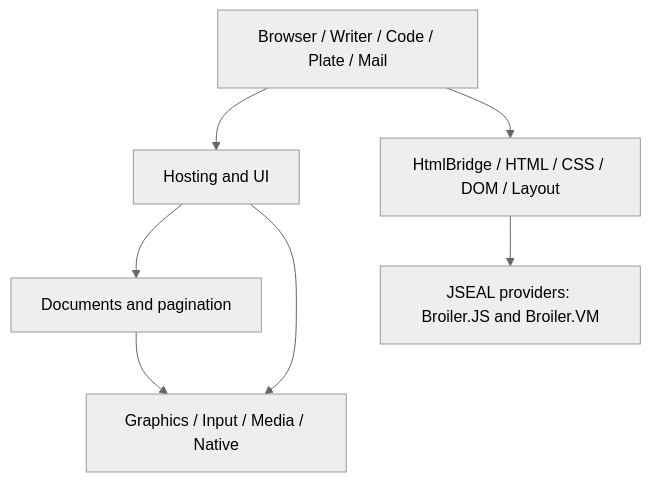
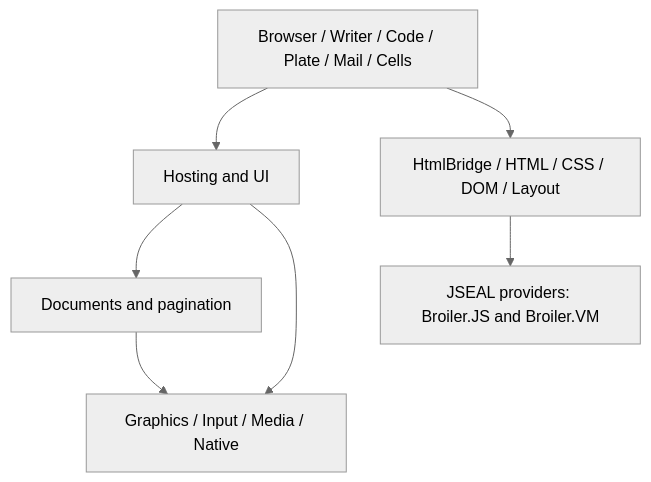
Before and after one commit to Broiler-Platform/.github: the diagram in profile/README.md, drawn with Mermaid (neutral theme). The commit also changed other lines of this file and 6 other files, not shown here.

````diff
--- a/profile/README.md
+++ b/profile/README.md
@@ -42,9 +42,9 @@
 ```mermaid
 flowchart TD
-    Apps[Browser / Writer / Code / Plate / Mail] --> Hosting[Hosting and UI]
+    Apps[Browser / Writer / Code / Plate / Mail / Cells] --> Hosting[Hosting and UI]
     Apps --> Web[HtmlBridge / HTML / CSS / DOM / Layout]
     Hosting --> Documents[Documents and pagination]
     Web --> Engines[JSEAL providers: Broiler.JS and Broiler.VM]
     Hosting --> Devices[Graphics / Input / Media / Native]
     Documents --> Devices
 ```
````
